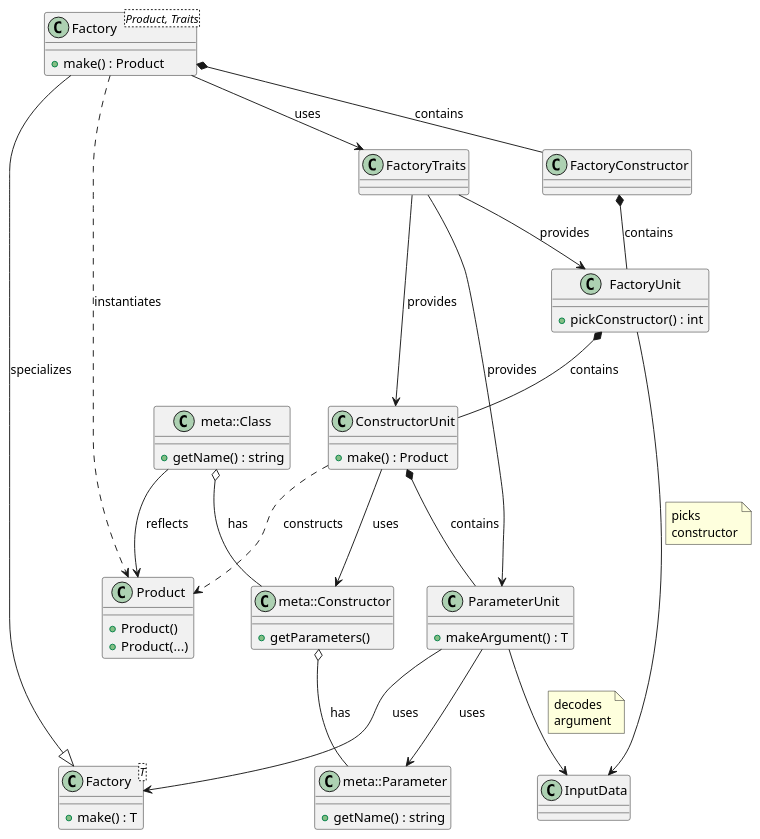
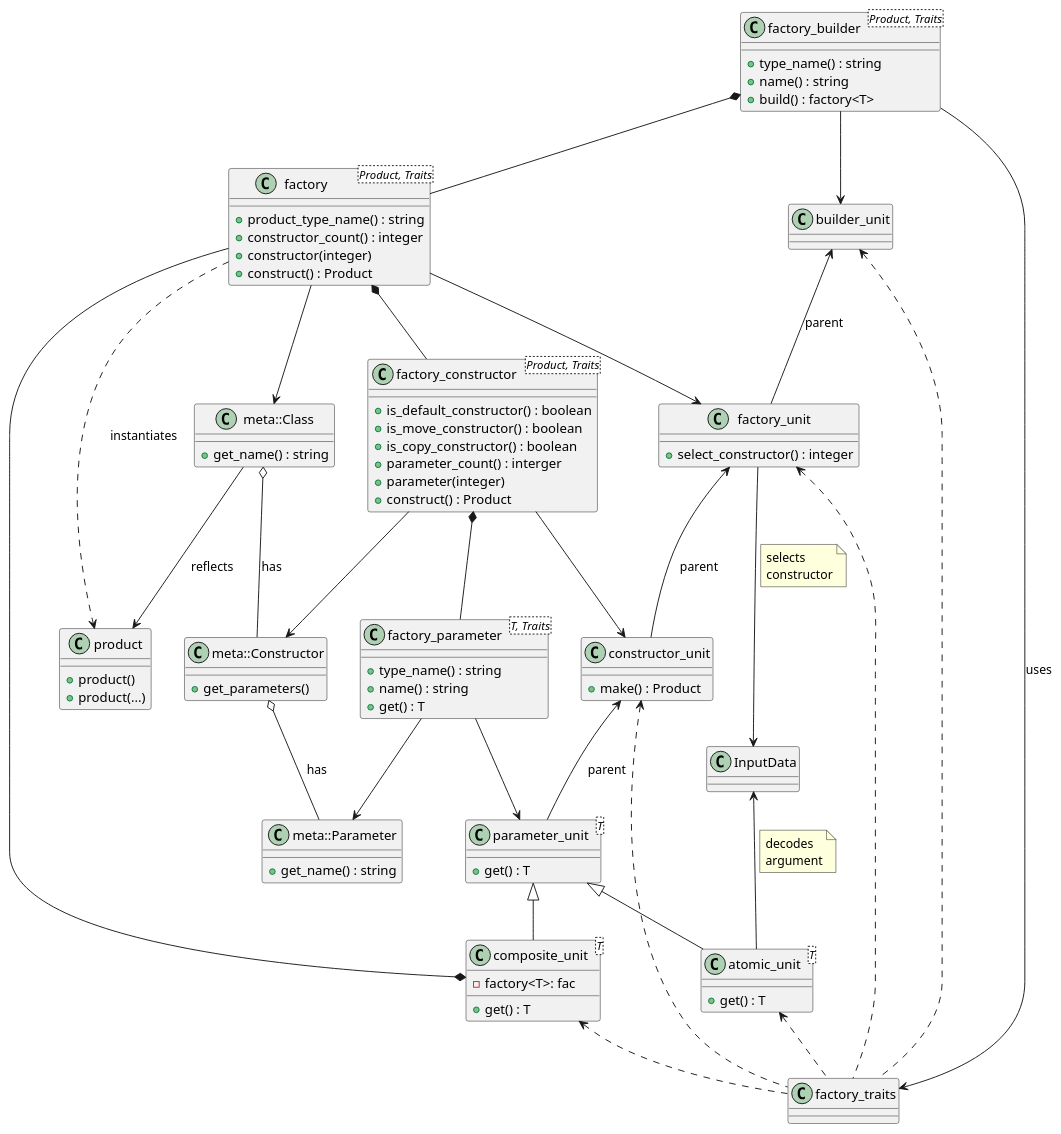
Before and after one commit to matus-chochlik/mirror: the diagram in doc/diagram/factory_generator.puml, drawn with PlantUML.

Commit message:
Updated the factory generator overview diagram

```diff
--- a/doc/diagram/factory_generator.puml
+++ b/doc/diagram/factory_generator.puml
@@ -1,72 +1,117 @@
 @startuml
 class meta::Parameter {
-    +getName() : string
+    +get_name() : string
 }
 
 class meta::Constructor {
-    +getParameters()
+    +get_parameters()
 }
 
 class meta::Class {
-    +getName() : string
+    +get_name() : string
     
 }
 
 class InputData {
 }
 
-class Product {
-    +Product()
-    +Product(...)
+class product {
+    +product()
+    +product(...)
 }
 
-class Factory<T> {
-    +make() : T
+class factory_builder<Product, Traits> {
+    +type_name() : string
+    +name() : string
+    +build() : factory<T>
 }
 
-class "Factory<Product, Traits>" as Product_Factory  {
+class factory<Product, Traits> {
+    +product_type_name() : string
+    +constructor_count() : integer
+    +constructor(integer)
+    +construct() : Product
+}
+
+
+class factory_constructor<Product, Traits> {
+    +is_default_constructor() : boolean
+    +is_move_constructor() : boolean
+    +is_copy_constructor() : boolean
+    +parameter_count() : interger
+    +parameter(integer)
+    +construct() : Product
+}
+
+class factory_parameter<T, Traits> {
+    +type_name() : string
+    +name() : string
+    +get() : T
+}
+
+class factory_traits {
+}
+
+class builder_unit {
+}
+
+class factory_unit {
+    +select_constructor() : integer
+}
+
+class constructor_unit {
     +make() : Product
 }
 
-class FactoryConstructor {
+class parameter_unit<T> {
+    +get() : T
 }
 
-class FactoryTraits {
+class atomic_unit<T> {
+    +get() : T
 }
 
-class FactoryUnit {
-    +pickConstructor() : int
+class composite_unit<T> {
+    -factory<T>: fac
+    +get() : T
 }
 
-class ConstructorUnit {
-    +make() : Product
-}
-
-class ParameterUnit {
-    +makeArgument() : T
-}
-
-Product_Factory --|> Factory : specializes
 meta::Class o-- meta::Constructor : has
 meta::Constructor o-- meta::Parameter : has
-meta::Class --> Product : reflects
-Product_Factory ..> Product : instantiates
-ConstructorUnit --> meta::Constructor : uses
-ParameterUnit --> meta::Parameter : uses
-Product_Factory *-- FactoryConstructor : contains
-Product_Factory --> FactoryTraits : uses
-FactoryConstructor *-- FactoryUnit : contains
-FactoryUnit *-- ConstructorUnit : contains
-ConstructorUnit *-- ParameterUnit : contains
-ConstructorUnit ..> Product : constructs
-FactoryTraits --> FactoryUnit : provides
-FactoryTraits --> ConstructorUnit : provides
-FactoryTraits --> ParameterUnit : provides
-ParameterUnit --> Factory : uses
+meta::Class --> product : reflects
 
-FactoryUnit --> InputData
-note on link : picks\nconstructor
+factory_builder *-- factory
+factory_builder --> builder_unit
+factory *-- factory_constructor
+factory --> factory_unit
+factory ..> product : instantiates
+factory_constructor *-- factory_parameter
+factory_constructor --> constructor_unit
+factory_parameter --> parameter_unit
 
-ParameterUnit --> InputData
+factory --> meta::Class
+factory_constructor --> meta::Constructor
+factory_parameter --> meta::Parameter
+
+builder_unit <.. factory_traits
+factory_unit <.. factory_traits
+constructor_unit <.. factory_traits
+composite_unit <.. factory_traits
+atomic_unit <.. factory_traits
+
+factory_builder --> factory_traits : uses
+
+parameter_unit <|-- atomic_unit
+parameter_unit <|-- composite_unit
+
+builder_unit <-- factory_unit : parent
+factory_unit <-- constructor_unit : parent
+constructor_unit <-- parameter_unit : parent
+factory --* composite_unit
+
+factory_unit --> InputData
+note on link : selects\nconstructor
+
+InputData <-- atomic_unit
 note on link : decodes\nargument
 @enduml
```
